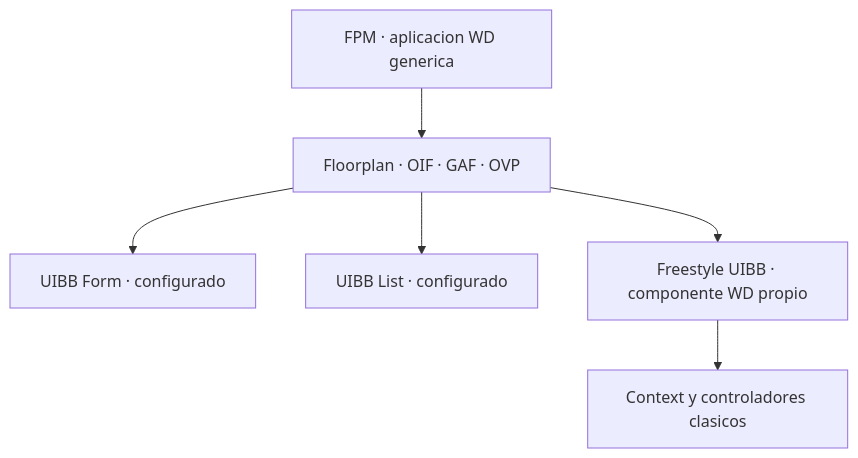
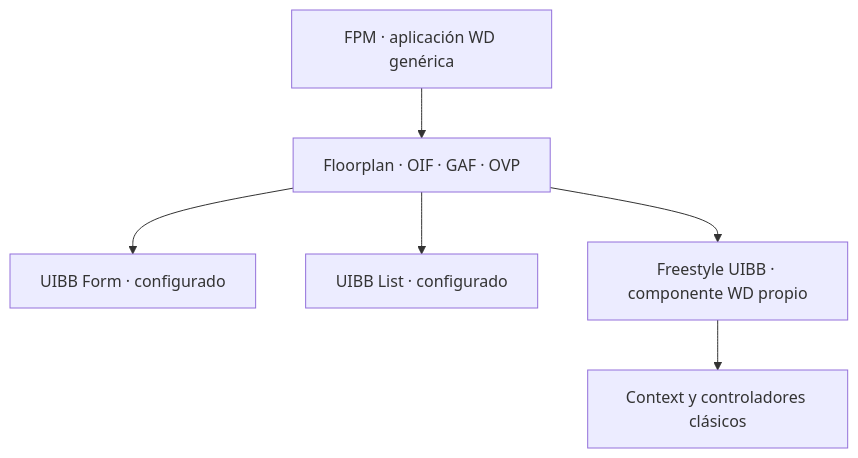
Before and after one commit to logalitech/blog-content: the diagram in es/wd-fpm-frente-a-clasico.mdx, drawn with Mermaid. The commit also changed other lines of this file and 49 other files, not shown here.

````diff
--- a/es/wd-fpm-frente-a-clasico.mdx
+++ b/es/wd-fpm-frente-a-clasico.mdx
@@ -23,8 +23,8 @@
 ```mermaid
 flowchart TD
-  FPM["FPM · aplicacion WD generica"] --> FP["Floorplan · OIF · GAF · OVP"]
+  FPM["FPM · aplicación WD genérica"] --> FP["Floorplan · OIF · GAF · OVP"]
   FP --> UIBB1["UIBB Form · configurado"]
   FP --> UIBB2["UIBB List · configurado"]
   FP --> UIBB3["Freestyle UIBB · componente WD propio"]
-  UIBB3 --> CTX["Context y controladores clasicos"]
+  UIBB3 --> CTX["Context y controladores clásicos"]
 ```
````
